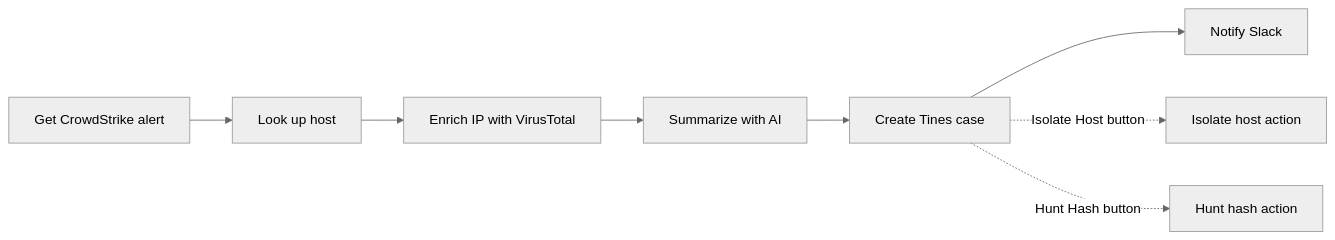
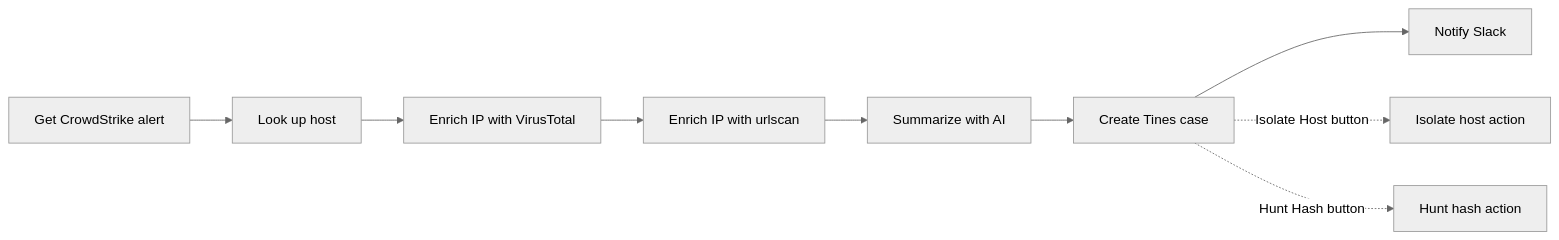
Before and after one commit to trv95/3b-tyler-space: the diagram in CrowdStrike alert to Tines case with enrichment/README.md, drawn with Mermaid (neutral theme). The commit also changed other lines of this file and 12 other files, not shown here.

````diff
--- a/CrowdStrike alert to Tines case with enrichment/README.md
+++ b/CrowdStrike alert to Tines case with enrichment/README.md
@@ -9,10 +9,11 @@
 ```mermaid
 graph LR
   A[Get CrowdStrike alert] --> B[Look up host]
   B --> C[Enrich IP with VirusTotal]
-  C --> D[Summarize with AI]
+  C --> C2[Enrich IP with urlscan]
+  C2 --> D[Summarize with AI]
   D --> E[Create Tines case]
   E --> F[Notify Slack]
   E -. Isolate Host button .-> G[Isolate host action]
   E -. Hunt Hash button .-> H[Hunt hash action]
 ```
````
